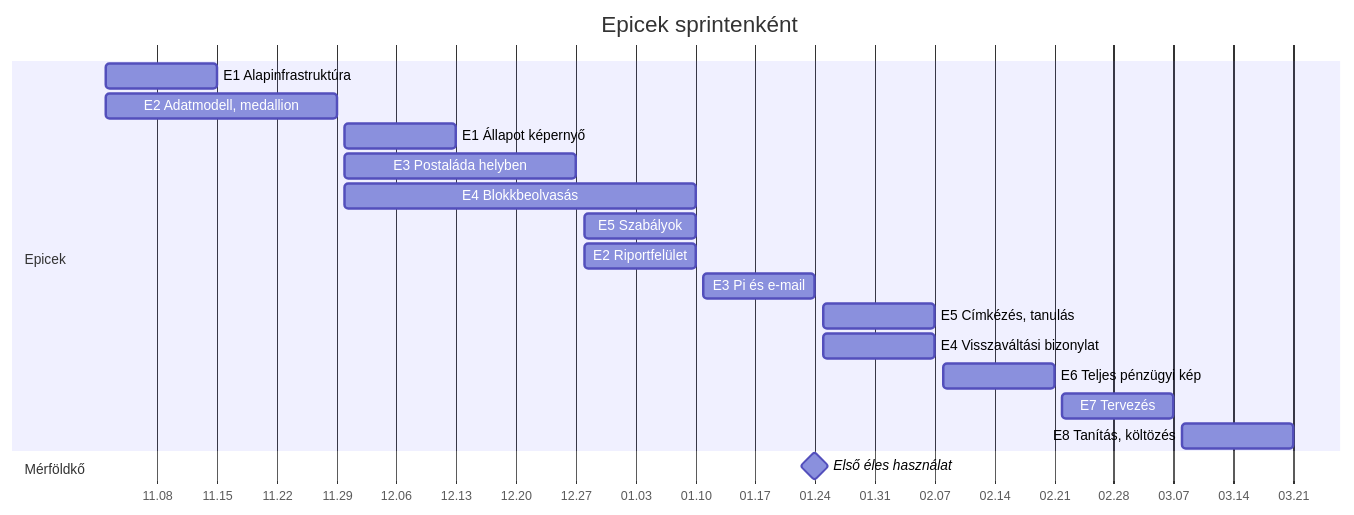
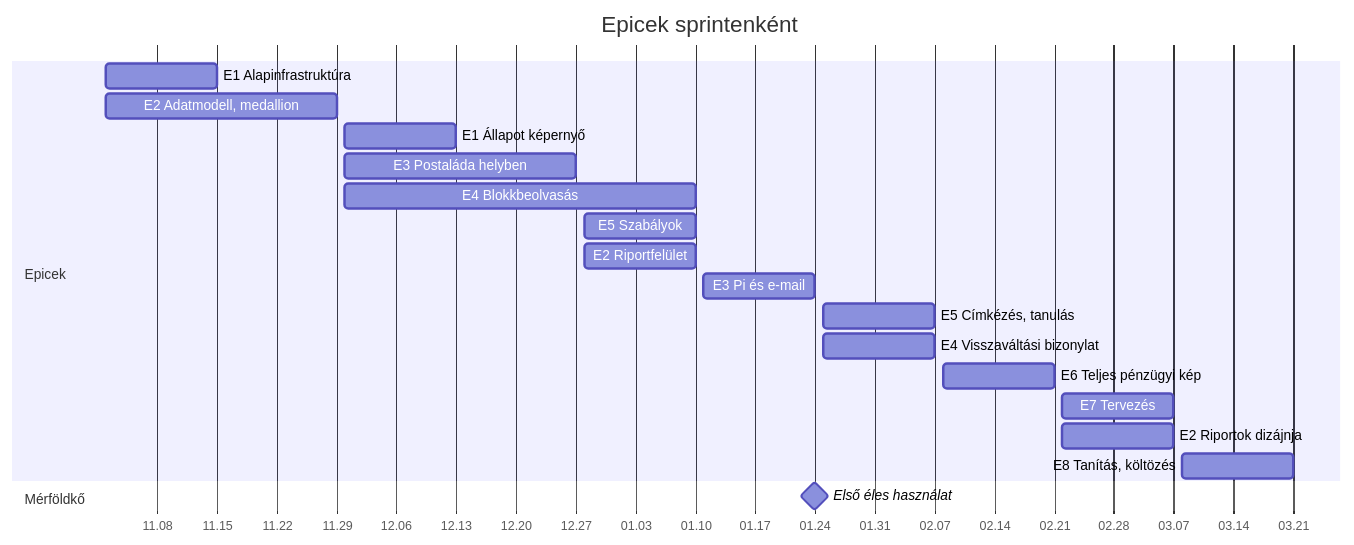
One commit to Pokol-olvr/finance-tracker changed the diagram in docs/Fejlesztési terv.md. Above: the diagram before and after it, drawn with Mermaid. The commit also changed other lines of this file and 1 other file, not shown here.

````diff
--- a/docs/Fejlesztési terv.md
+++ b/docs/Fejlesztési terv.md
@@ -32,22 +32,23 @@
 ```mermaid
 gantt
   title Epicek sprintenként
   dateFormat YYYY-MM-DD
   axisFormat %m.%d
   section Epicek
   E1 Alapinfrastruktúra        :e1, 2026-11-02, 2026-11-15
   E2 Adatmodell, medallion     :e2, 2026-11-02, 2026-11-29
   E1 Állapot képernyő          :e1b, 2026-11-30, 2026-12-13
   E3 Postaláda helyben          :e3a, 2026-11-30, 2026-12-27
   E4 Blokkbeolvasás            :e4, 2026-11-30, 2027-01-10
   E5 Szabályok                 :e5a, 2026-12-28, 2027-01-10
   E2 Riportfelület             :e2b, 2026-12-28, 2027-01-10
   E3 Pi és e-mail              :e3b, 2027-01-11, 2027-01-24
   E5 Címkézés, tanulás         :e5b, 2027-01-25, 2027-02-07
   E4 Visszaváltási bizonylat   :e4b, 2027-01-25, 2027-02-07
   E6 Teljes pénzügyi kép       :e6, 2027-02-08, 2027-02-21
   E7 Tervezés                  :e7, 2027-02-22, 2027-03-07
+  E2 Riportok dizájnja         :e2c, 2027-02-22, 2027-03-07
   E8 Tanítás, költözés         :e8, 2027-03-08, 2027-03-21
   section Mérföldkő
   Első éles használat          :milestone, m1, 2027-01-24, 0d
 ```
````
